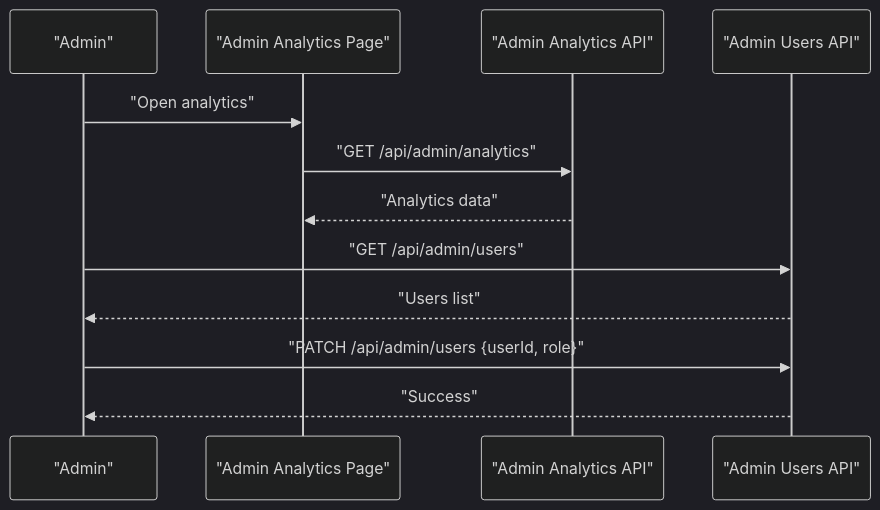
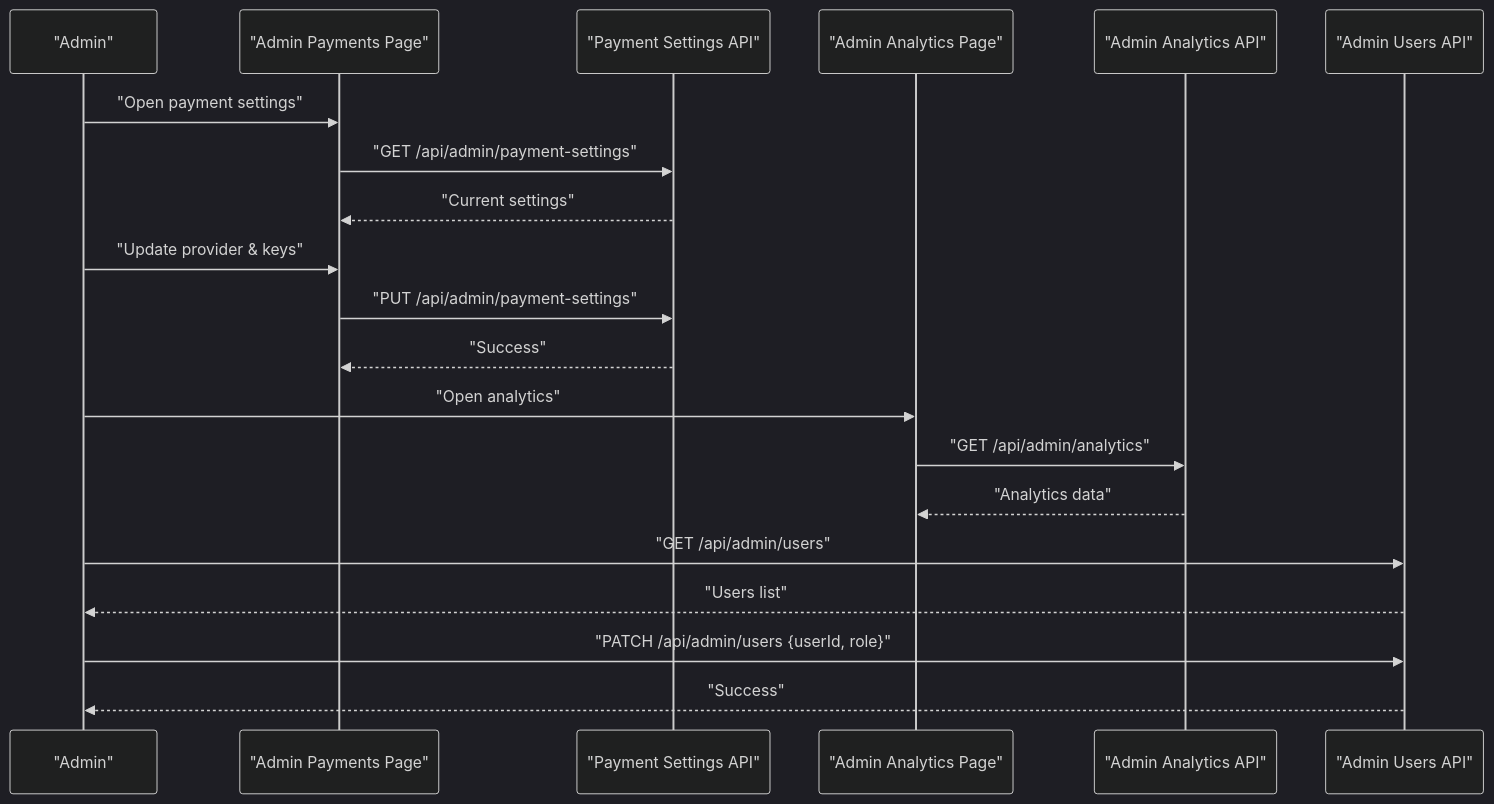
Diagram 12 of 13 in .qoder/repowiki/en/content/Payment System/Purchase Management.md (alikizang/datafrica), drawn with Mermaid (dark theme) before and after one commit. The commit also changed other lines of this file and 21 other files, not shown here.

````diff
--- a/.qoder/repowiki/en/content/Payment System/Purchase Management.md
+++ b/.qoder/repowiki/en/content/Payment System/Purchase Management.md
@@ -410,14 +613,22 @@
 ```mermaid
 sequenceDiagram
 participant A as "Admin"
+participant AP as "Admin Payments Page"
+participant PS as "Payment Settings API"
 participant AA as "Admin Analytics Page"
 participant AR as "Admin Analytics API"
 participant UA as "Admin Users API"
+A->>AP : "Open payment settings"
+AP->>PS : "GET /api/admin/payment-settings"
+PS-->>AP : "Current settings"
+A->>AP : "Update provider & keys"
+AP->>PS : "PUT /api/admin/payment-settings"
+PS-->>AP : "Success"
 A->>AA : "Open analytics"
 AA->>AR : "GET /api/admin/analytics"
 AR-->>AA : "Analytics data"
 A->>UA : "GET /api/admin/users"
 UA-->>A : "Users list"
 A->>UA : "PATCH /api/admin/users {userId, role}"
 UA-->>A : "Success"
 ```
````
